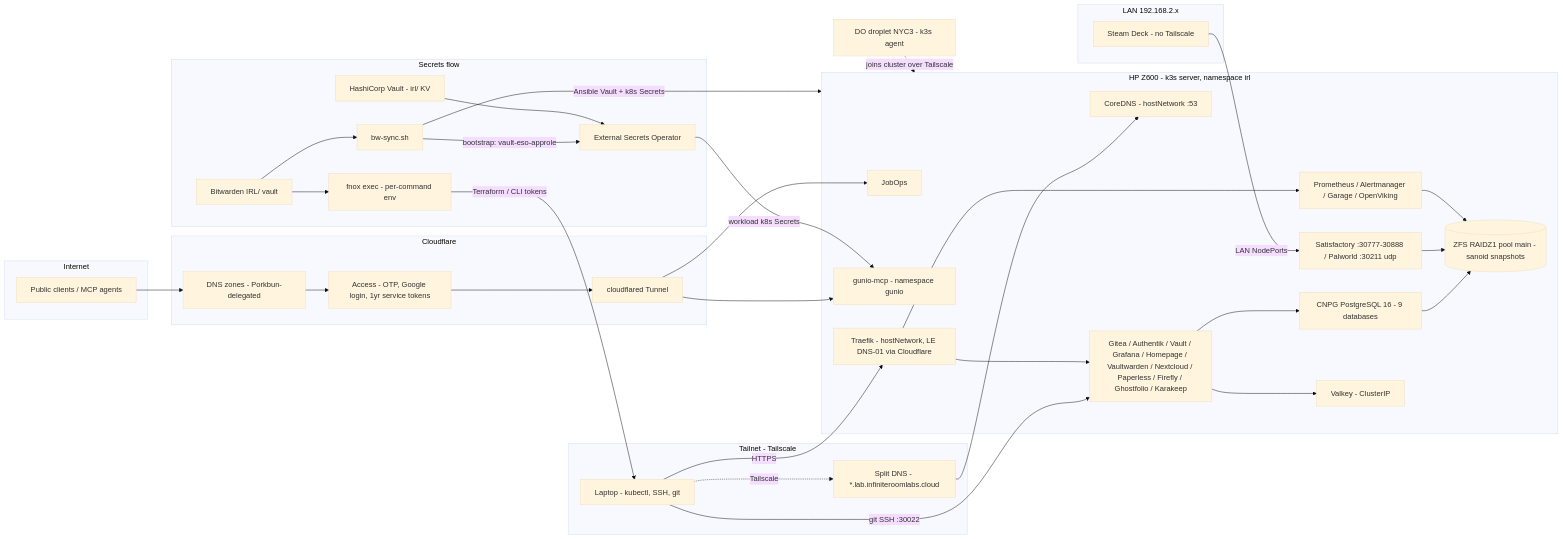
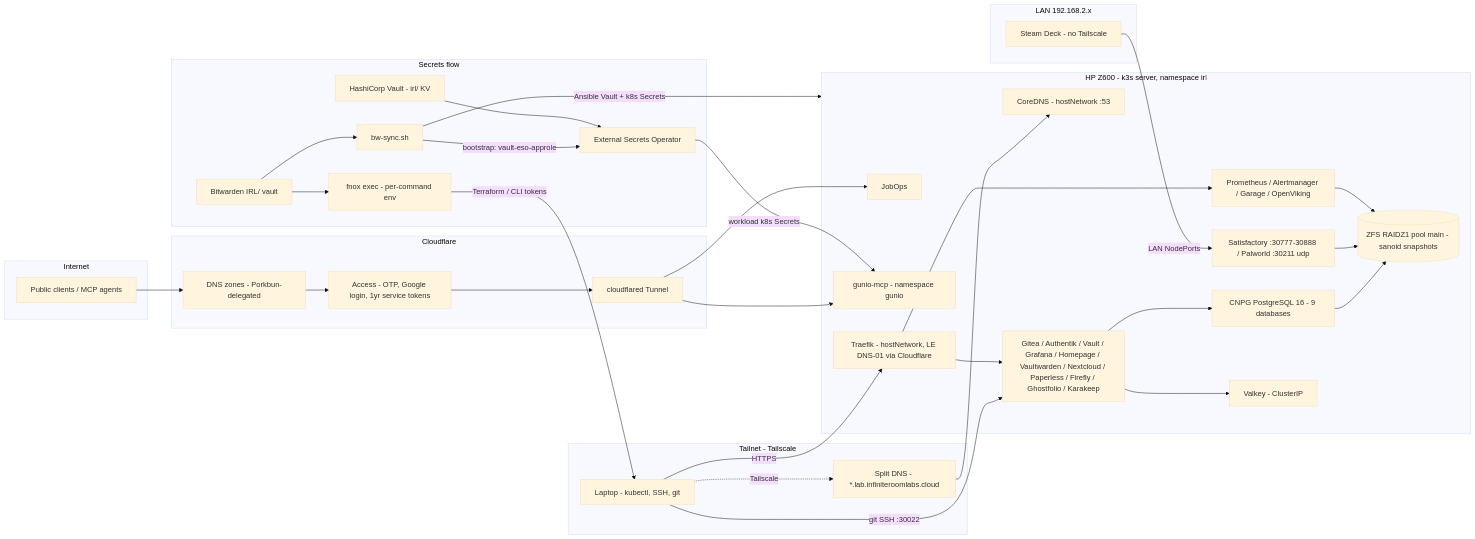
One commit to InfiniteRoomLabs/infinite-room-labs-infra changed the diagram in README.md. Above: the diagram before and after it, drawn with Mermaid (base theme). The commit also changed other lines of this file and 28 other files, not shown here.

````diff
--- a/README.md
+++ b/README.md
@@ -67,63 +66,60 @@
 ```mermaid
 flowchart LR
     subgraph internet[Internet]
         pub[Public clients / MCP agents]
     end
 
     subgraph cf[Cloudflare]
         zones[DNS zones - Porkbun-delegated]
         access[Access - OTP, Google login, 1yr service tokens]
         tunnel[cloudflared Tunnel]
     end
 
     subgraph tailnet[Tailnet - Tailscale]
         laptop[Laptop - kubectl, SSH, git]
         splitdns[Split DNS - *.lab.infiniteroomlabs.cloud]
     end
 
     subgraph lan[LAN 192.168.2.x]
         deck[Steam Deck - no Tailscale]
     end
 
     subgraph z600[HP Z600 - k3s server, namespace irl]
         coredns[CoreDNS - hostNetwork :53]
         traefik[Traefik - hostNetwork, LE DNS-01 via Cloudflare]
         jobops[JobOps]
         gunio[gunio-mcp - namespace gunio]
         websvcs[Gitea / Authentik / Vault / Grafana / Homepage / Vaultwarden / Nextcloud / Paperless / Firefly / Ghostfolio / Karakeep]
         intsvcs[Prometheus / Alertmanager / Garage / OpenViking]
         games[Satisfactory :30777-30888 / Palworld :30211 udp]
         cnpg[CNPG PostgreSQL 16 - 9 databases]
         valkey[Valkey - ClusterIP]
         zfs[(ZFS RAIDZ1 pool main - sanoid snapshots)]
     end
 
-    doagent[DO droplet NYC3 - k3s agent]
-
     pub --> zones --> access --> tunnel --> jobops
     tunnel --> gunio
     laptop -.->|Tailscale| splitdns --> coredns
     laptop -->|HTTPS| traefik
     laptop -->|git SSH :30022| websvcs
     traefik --> websvcs
     traefik --> intsvcs
     deck -->|LAN NodePorts| games
-    doagent -.->|joins cluster over Tailscale| z600
     websvcs --> cnpg
     websvcs --> valkey
     cnpg --> zfs
     games --> zfs
     intsvcs --> zfs
 
     subgraph secrets[Secrets flow]
         bw[Bitwarden IRL/ vault]
         fnox[fnox exec - per-command env]
         bwsync[bw-sync.sh]
         hvault[HashiCorp Vault - irl/ KV]
         eso[External Secrets Operator]
     end
     bw --> fnox -->|Terraform / CLI tokens| laptop
     bw --> bwsync -->|Ansible Vault + k8s Secrets| z600
     bwsync -->|bootstrap: vault-eso-approle| eso
     hvault --> eso -->|workload k8s Secrets| gunio
 ```
````
